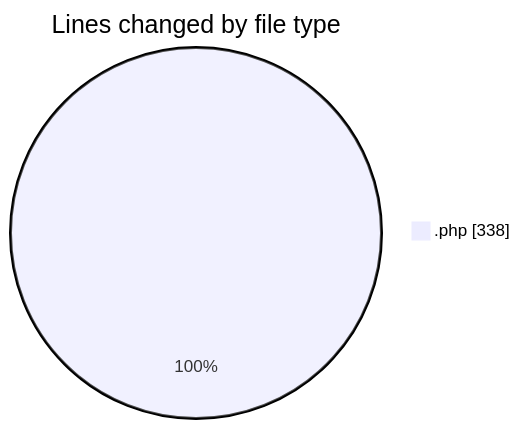
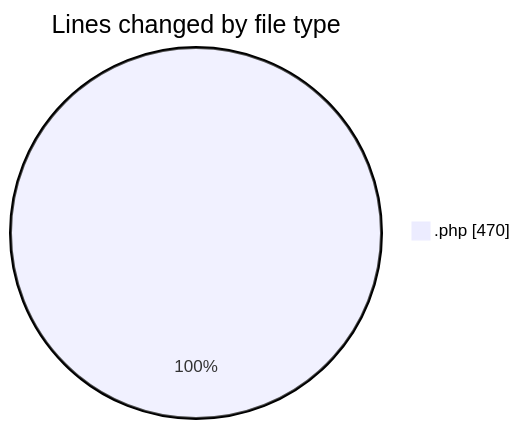
Before and after one commit to idhammustaqopulfikri/code-tracking: the first of 2 diagrams in 2026-01-09/uas/README.md, drawn with Mermaid. The commit also changed other lines of this file and 1 other file, not shown here.

````diff
--- a/2026-01-09/uas/README.md
+++ b/2026-01-09/uas/README.md
@@ -21,5 +22,5 @@
 ```mermaid
 pie showData
 title Lines changed by file type
-".php" : 338
+".php" : 470
 ```
````
